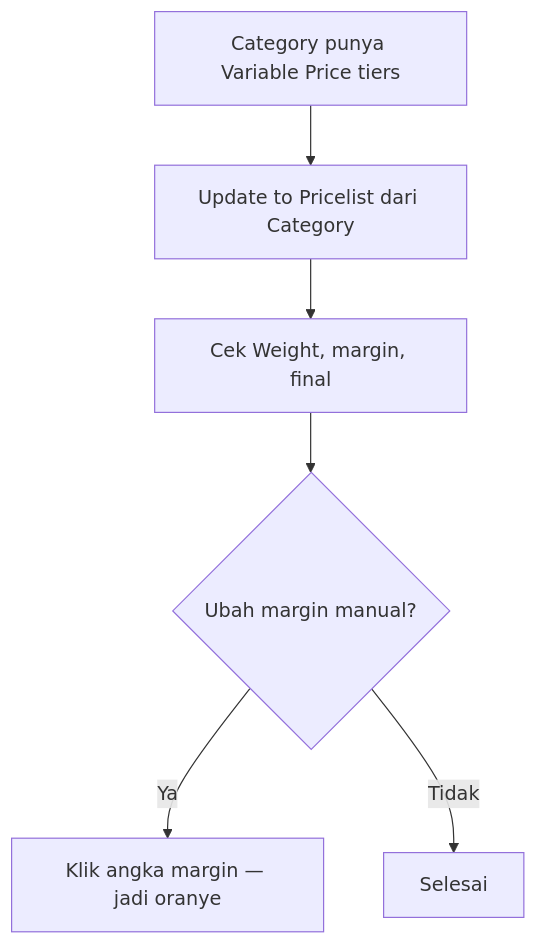
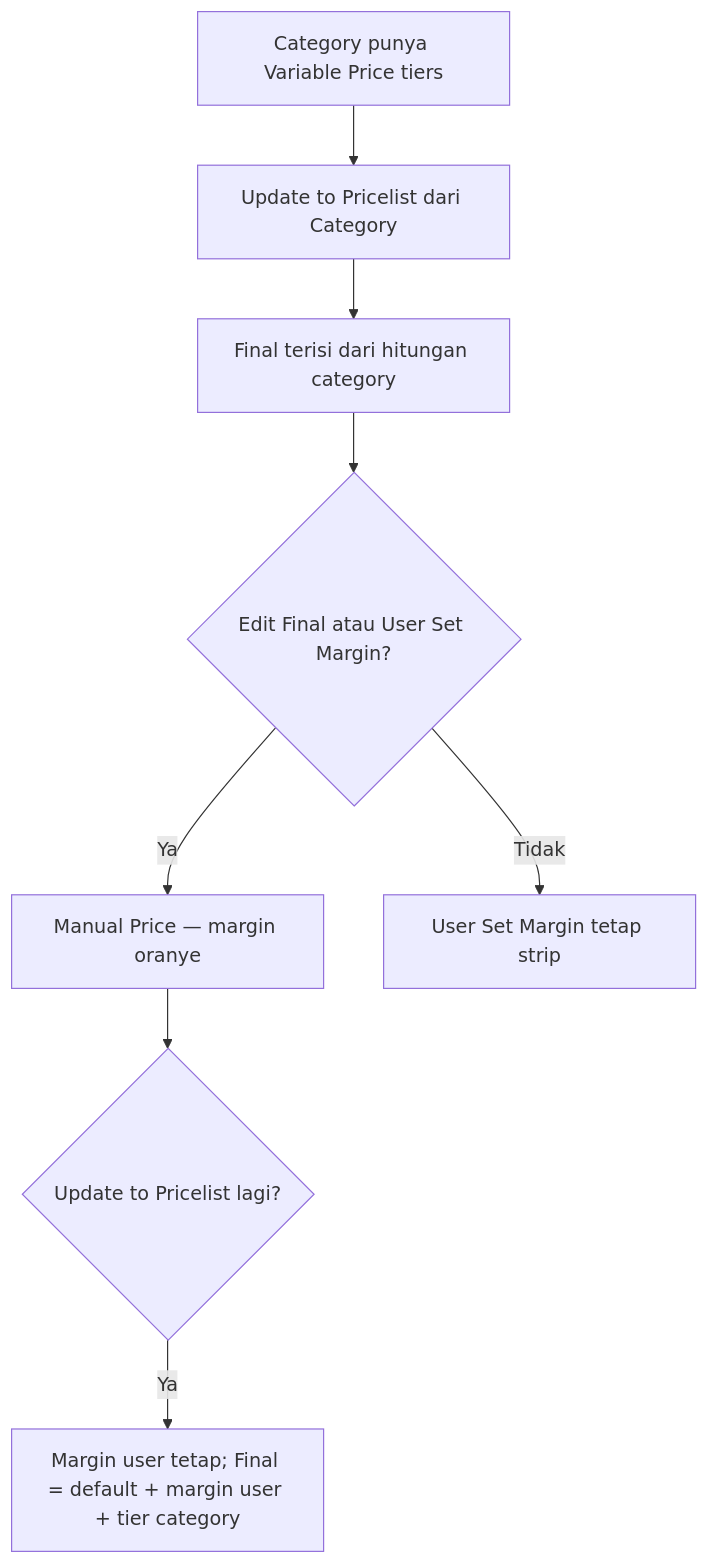
One commit to yendyr/olshoperp-docs changed the diagram in qa-docs/businessdevelopment-pricelist-product/knowledge-base.md. Above: the diagram before and after it, drawn with Mermaid. The commit also changed other lines of this file and 14 other files, not shown here.

First line of the commit message:
docs(qa): ETM-16882/83/84 Applied Store Others, User Set Margin, Manual stack

````diff
--- a/qa-docs/businessdevelopment-pricelist-product/knowledge-base.md
+++ b/qa-docs/businessdevelopment-pricelist-product/knowledge-base.md
@@ -20,8 +20,10 @@
 ```mermaid
 flowchart TD
     A[Category punya Variable Price tiers] --> B[Update to Pricelist dari Category]
-    B --> C[Cek Weight, margin, final]
-    C --> D{Ubah margin manual?}
-    D -->|Ya| E[Klik angka margin — jadi oranye]
-    D -->|Tidak| F[Selesai]
+    B --> C[Final terisi dari hitungan category]
+    C --> D{Edit Final atau User Set Margin?}
+    D -->|Ya| E[Manual Price — margin oranye]
+    D -->|Tidak| F[User Set Margin tetap strip]
+    E --> G{Update to Pricelist lagi?}
+    G -->|Ya| H[Margin user tetap; Final = default + margin user + tier category]
 ```
````
